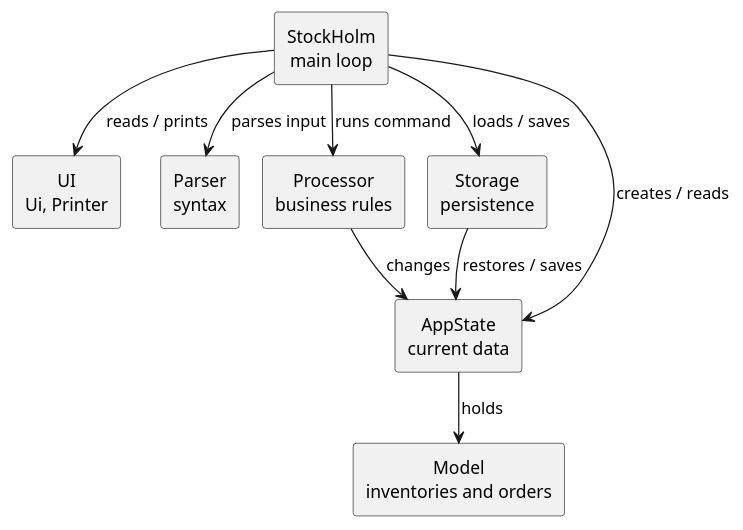
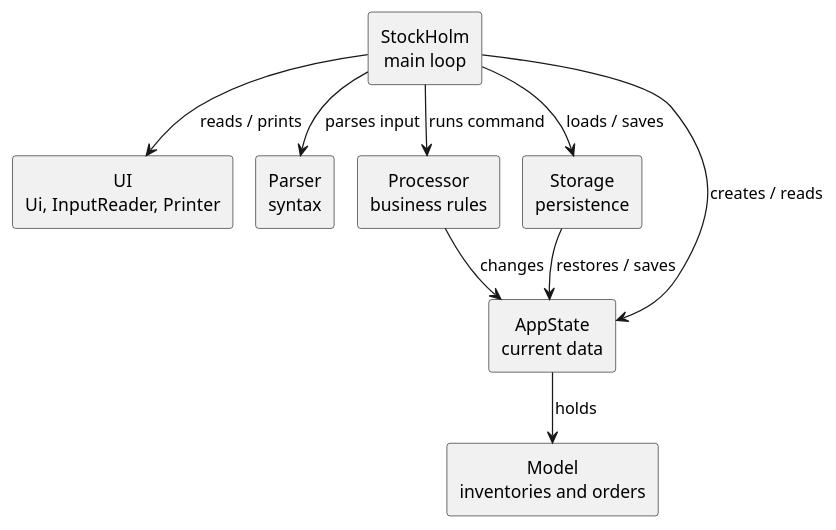
Before and after one commit to AY2627S1-CS2113-W14-4/tp: the diagram in docs/diagrams/ArchitectureDiagram.puml, drawn with PlantUML. The commit also changed 4 other files, not shown here.

Commit message:
Address diagram review feedback

```diff
--- a/docs/diagrams/ArchitectureDiagram.puml
+++ b/docs/diagrams/ArchitectureDiagram.puml
@@ -1,21 +1,21 @@
 @startuml
 !pragma layout smetana
 skinparam defaultTextAlignment center
 
 rectangle "StockHolm\nmain loop" as Main
-rectangle "UI\nUi, Printer" as UI
+rectangle "UI\nUi, InputReader, Printer" as UI
 rectangle "Parser\nsyntax" as Parser
 rectangle "Processor\nbusiness rules" as Processor
 rectangle "Storage\npersistence" as Storage
 rectangle "AppState\ncurrent data" as State
 rectangle "Model\ninventories and orders" as Model
 
 Main -down-> UI : reads / prints
 Main -down-> Parser : parses input
 Main -down-> Processor : runs command
 Main -down-> Storage : loads / saves
 Main -down-> State : creates / reads
 Processor -down-> State : changes
 Storage -down-> State : restores / saves
 State -down-> Model : holds
 @enduml
```
